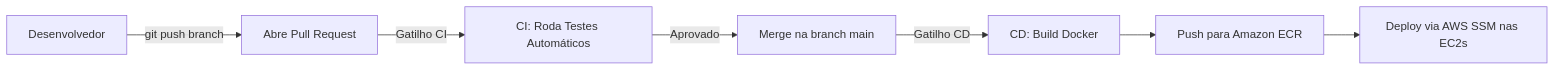
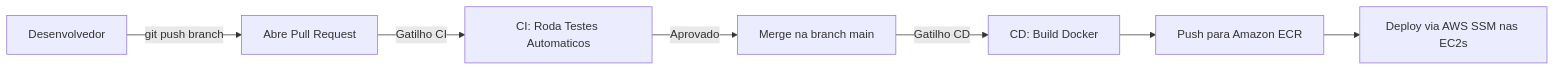
The second of 2 diagrams in PASSO_A_PASSO.md (Projeto-de-Extensao-GP-06/Infraestrutura), drawn with Mermaid before and after one commit. The commit also changed other lines of this file and 3 other files, not shown here.

````diff
--- a/PASSO_A_PASSO.md
+++ b/PASSO_A_PASSO.md
@@ -243,9 +247,9 @@
 ```mermaid
 flowchart LR
     Dev[Desenvolvedor] -->|git push branch| PR[Abre Pull Request]
-    PR -->|Gatilho CI| Testes[CI: Roda Testes Automáticos]
+    PR -->|Gatilho CI| Testes[CI: Roda Testes Automaticos]
     Testes -->|Aprovado| Merge[Merge na branch main]
     Merge -->|Gatilho CD| Build[CD: Build Docker]
     Build --> ECR[Push para Amazon ECR]
     ECR --> SSM[Deploy via AWS SSM nas EC2s]
 ```
````
